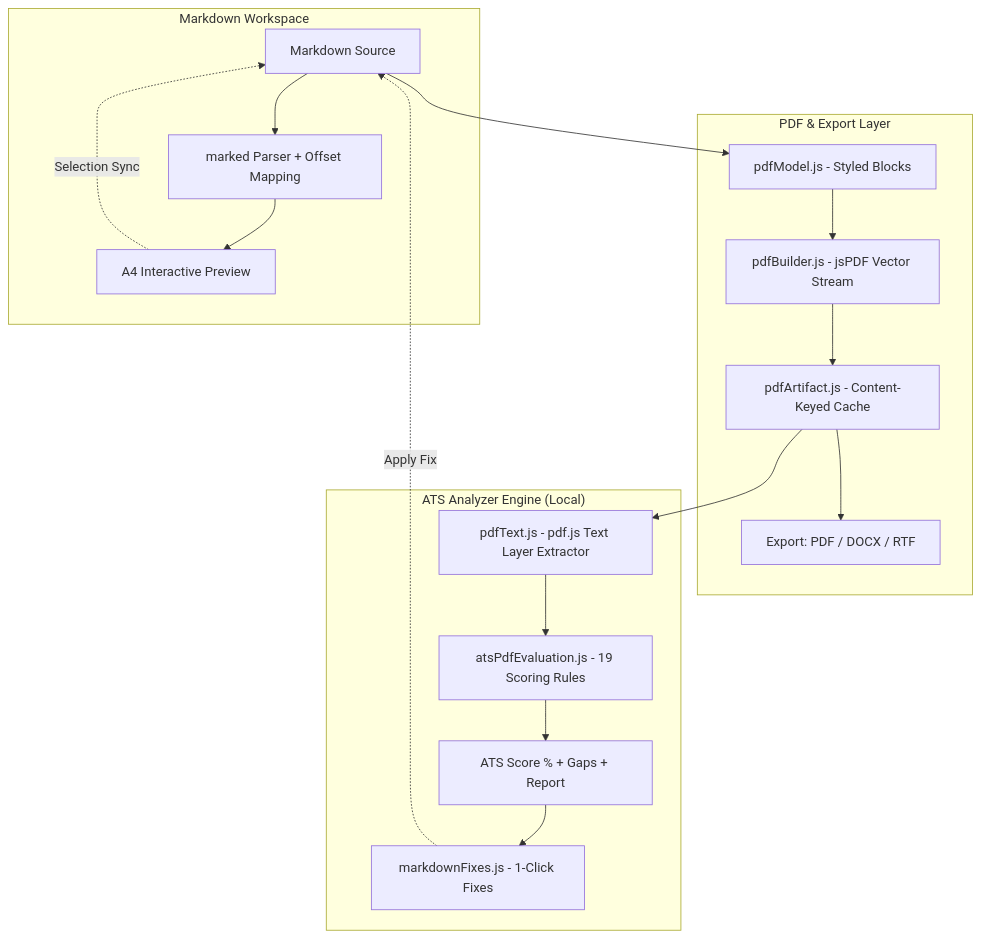
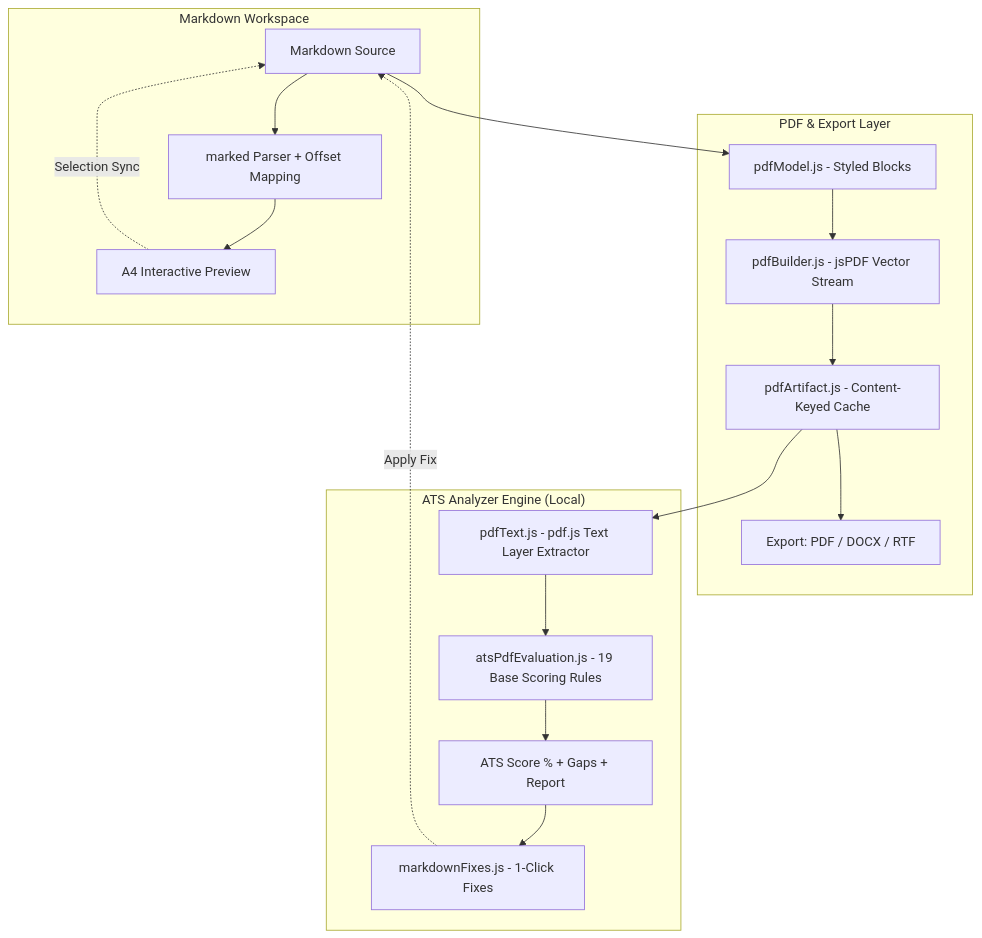
One commit to AcoranGonzalezMoray/DownCV changed the diagram in README.md. Above: the diagram before and after it, drawn with Mermaid. The commit also changed other lines of this file and 13 other files, not shown here.

Commit message:
✨: Added a custom ATS rules manager with groups, rule types, inline editing and JSON import/export (#16)

````diff
--- a/README.md
+++ b/README.md
@@ -144,23 +153,23 @@
 ```mermaid
 flowchart TD
     subgraph Editor ["Markdown Workspace"]
         MD[Markdown Source] --> MP[marked Parser + Offset Mapping]
         MP --> PREVIEW[A4 Interactive Preview]
         PREVIEW -. Selection Sync .-> MD
     end
 
     subgraph PDFEngine ["PDF & Export Layer"]
         MD --> PM[pdfModel.js - Styled Blocks]
         PM --> PB[pdfBuilder.js - jsPDF Vector Stream]
         PB --> PA[pdfArtifact.js - Content-Keyed Cache]
         PA --> EXPORT[Export: PDF / DOCX / RTF]
     end
 
     subgraph ATSPipeline ["ATS Analyzer Engine (Local)"]
         PA --> PT[pdfText.js - pdf.js Text Layer Extractor]
-        PT -->         EVAL[atsPdfEvaluation.js - 19 Scoring Rules]
+        PT -->         EVAL[atsPdfEvaluation.js - 19 Base Scoring Rules]
         EVAL --> SCORE[ATS Score % + Gaps + Report]
         SCORE --> FIXES[markdownFixes.js - 1-Click Fixes]
         FIXES -. Apply Fix .-> MD
     end
 ```
````
